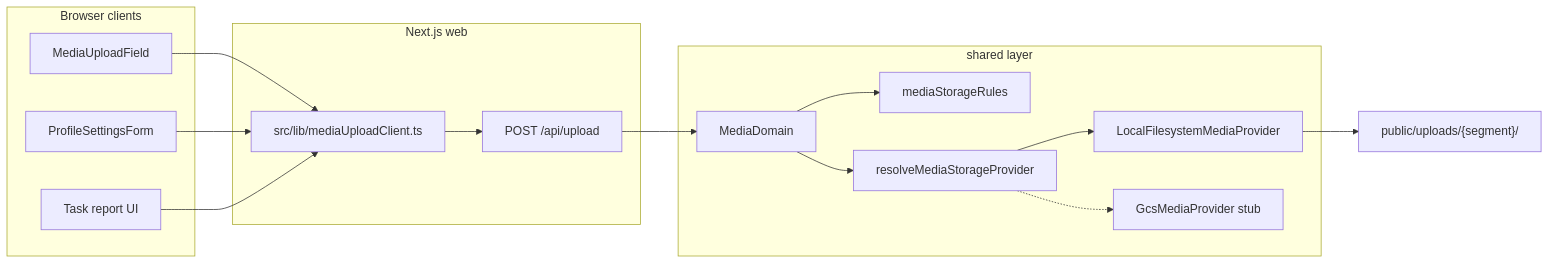
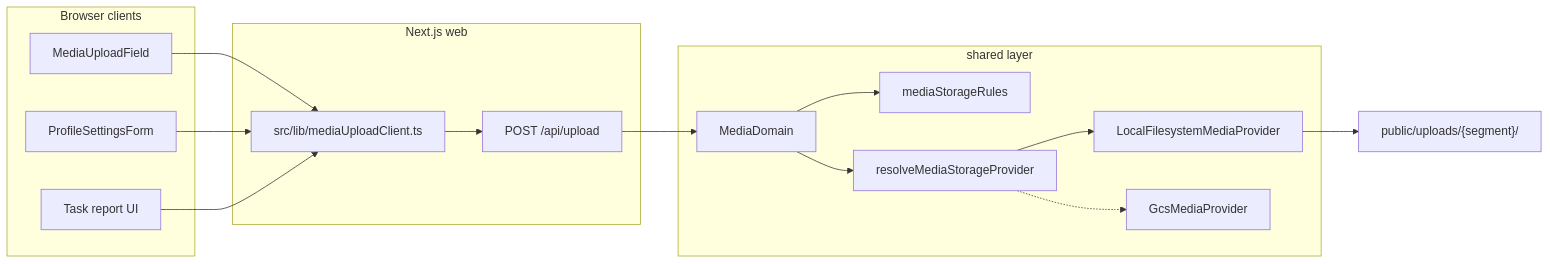
Before and after one commit to Loggy-4ya/system-for-local-organization: the diagram in .ai/docs/features/media_storage.md, drawn with Mermaid. The commit also changed other lines of this file and 163 other files, not shown here.

````diff
--- a/.ai/docs/features/media_storage.md
+++ b/.ai/docs/features/media_storage.md
@@ -23,32 +23,32 @@
 ```mermaid
 flowchart LR
   subgraph clients [Browser clients]
     Puck[MediaUploadField]
     Profile[ProfileSettingsForm]
     Future[Task report UI]
   end
 
   subgraph web [Next.js web]
     API["POST /api/upload"]
     Client[src/lib/mediaUploadClient.ts]
   end
 
   subgraph shared [shared layer]
     Domain[MediaDomain]
     Rules[mediaStorageRules]
     Provider[resolveMediaStorageProvider]
     Local[LocalFilesystemMediaProvider]
-    GCS[GcsMediaProvider stub]
+    GCS[GcsMediaProvider]
   end
 
   Puck --> Client
   Profile --> Client
   Future --> Client
   Client --> API
   API --> Domain
   Domain --> Rules
   Domain --> Provider
   Provider --> Local
   Provider -.-> GCS
   Local --> Public["public/uploads/{segment}/"]
 ```
````
